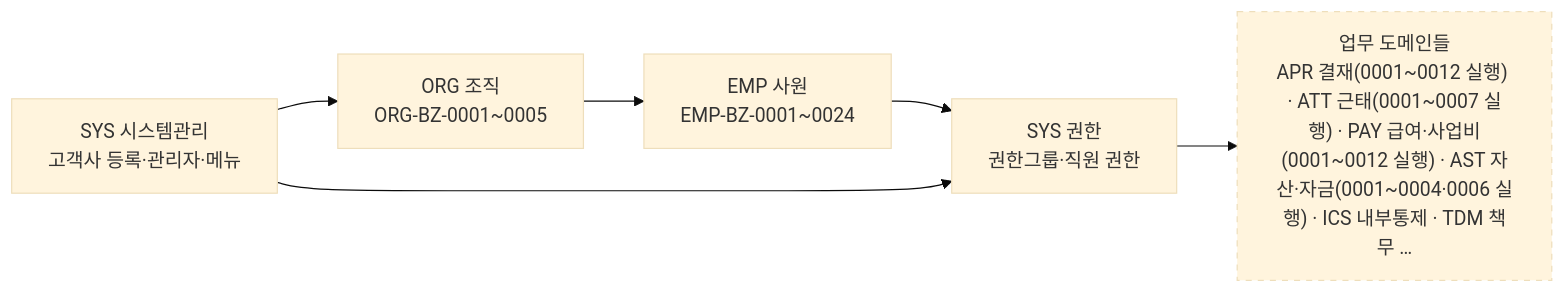
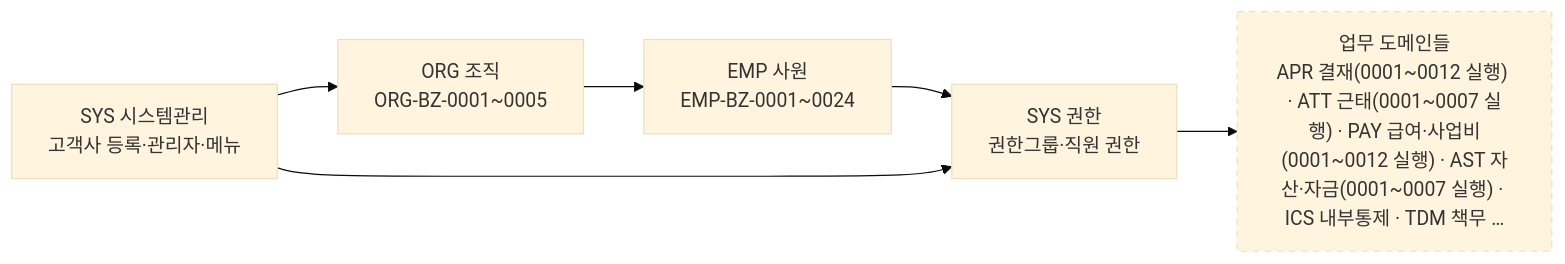
The diagram in AssetERP/docs/2-업무분석/biz-event/00-도메인Map.md (KimDoYoung/framework-sprt), drawn with Mermaid (base theme) before and after one commit. The commit also changed 6 other files, not shown here.

````diff
--- a/AssetERP/docs/2-업무분석/biz-event/00-도메인Map.md
+++ b/AssetERP/docs/2-업무분석/biz-event/00-도메인Map.md
@@ -6,14 +6,14 @@
 ```mermaid
 flowchart LR
     SYS["SYS 시스템관리<br/>고객사 등록·관리자·메뉴"]
     ORG["ORG 조직<br/>ORG-BZ-0001~0005"]
     EMP["EMP 사원<br/>EMP-BZ-0001~0024"]
     AUTH["SYS 권한<br/>권한그룹·직원 권한"]
-    WORK["업무 도메인들<br/>APR 결재(0001~0012 실행) · ATT 근태(0001~0007 실행) · PAY 급여·사업비(0001~0012 실행) · AST 자산·자금(0001~0004·0006 실행) · ICS 내부통제 · TDM 책무 …"]
+    WORK["업무 도메인들<br/>APR 결재(0001~0012 실행) · ATT 근태(0001~0007 실행) · PAY 급여·사업비(0001~0012 실행) · AST 자산·자금(0001~0007 실행) · ICS 내부통제 · TDM 책무 …"]
 
     SYS --> ORG --> EMP --> AUTH --> WORK
     SYS --> AUTH
 
     classDef todo stroke-dasharray: 5 5
     class WORK todo
 ```
````
